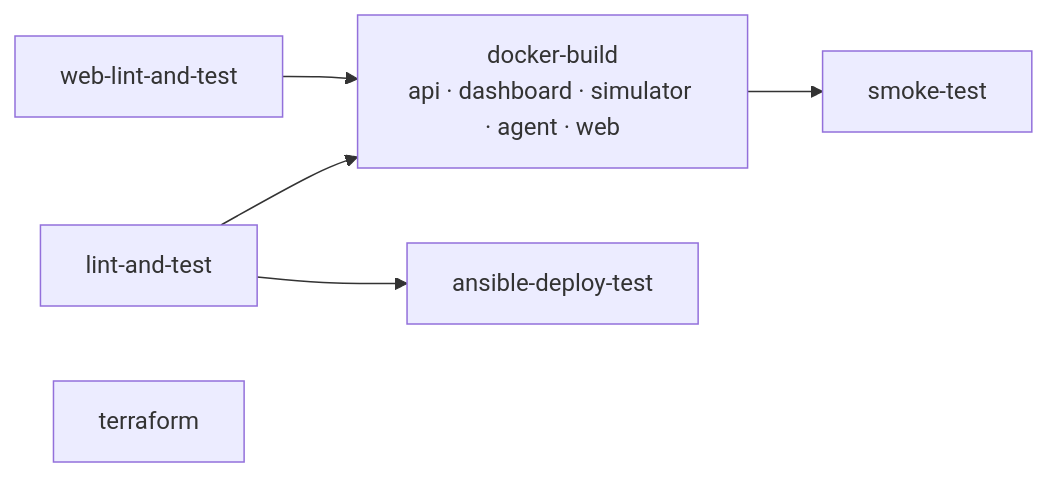
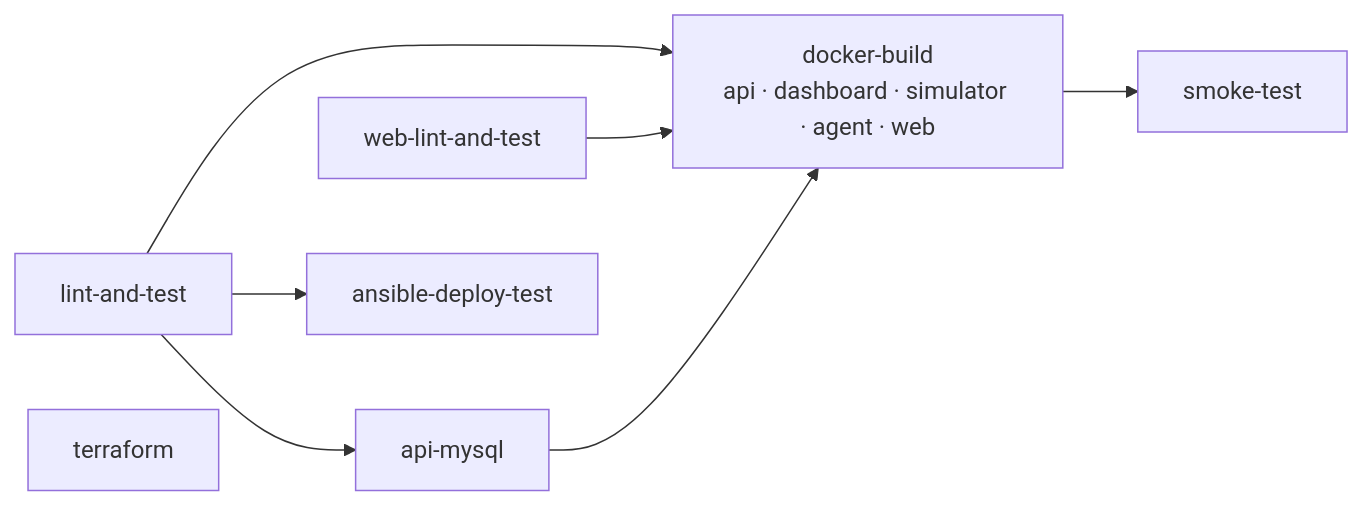
One commit to Ilsuyuksel133/smart-fleet changed the third of 4 diagrams in README.md. Above: the diagram before and after it, drawn with Mermaid. The commit also changed other lines of this file and 1 other file, not shown here.

````diff
--- a/README.md
+++ b/README.md
@@ -256,8 +259,9 @@
 ```mermaid
 flowchart LR
     lt[lint-and-test] --> db[docker-build<br/>api · dashboard · simulator · agent · web]
     wt[web-lint-and-test] --> db
+    lt --> my[api-mysql] --> db
     db --> st[smoke-test]
     lt --> an[ansible-deploy-test]
     tf[terraform]
 ```
````
